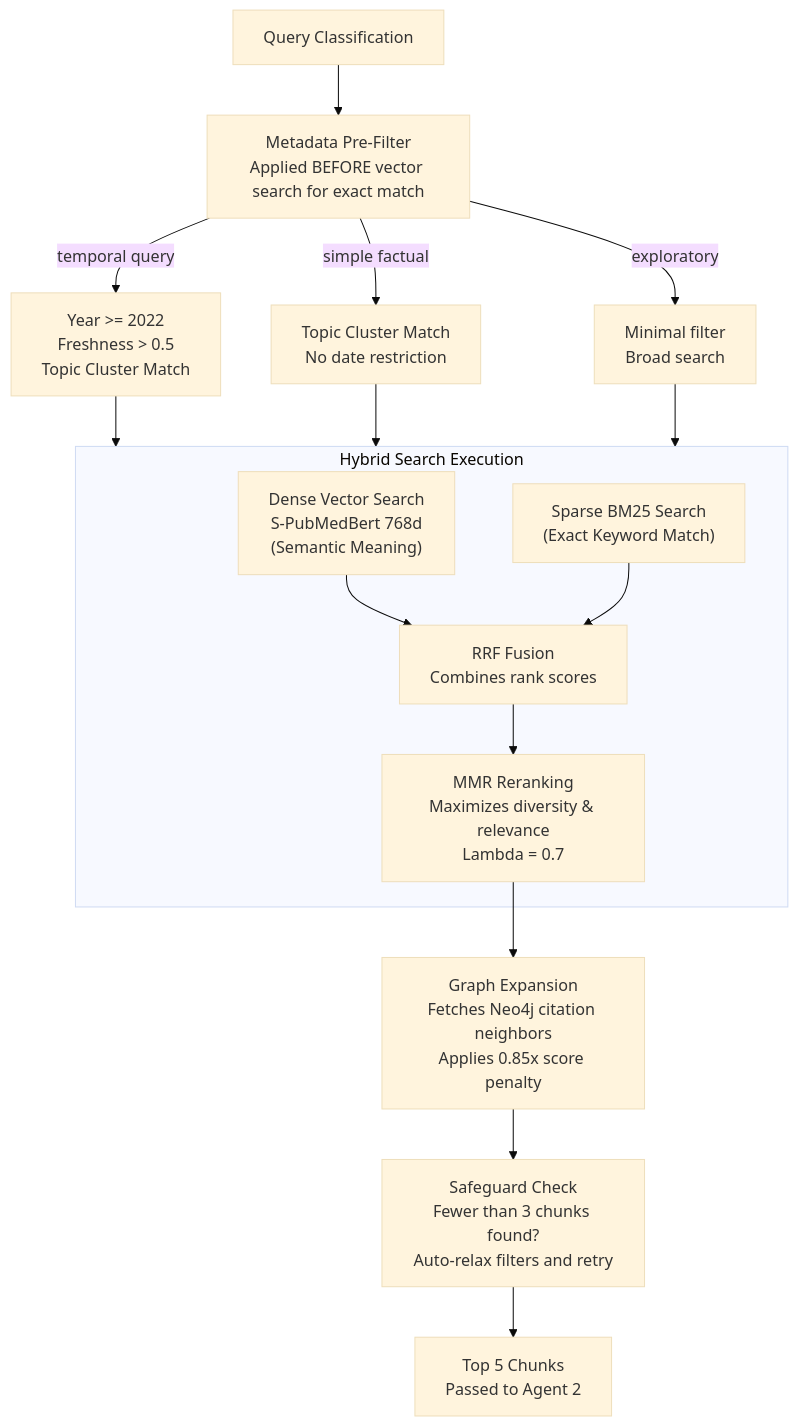
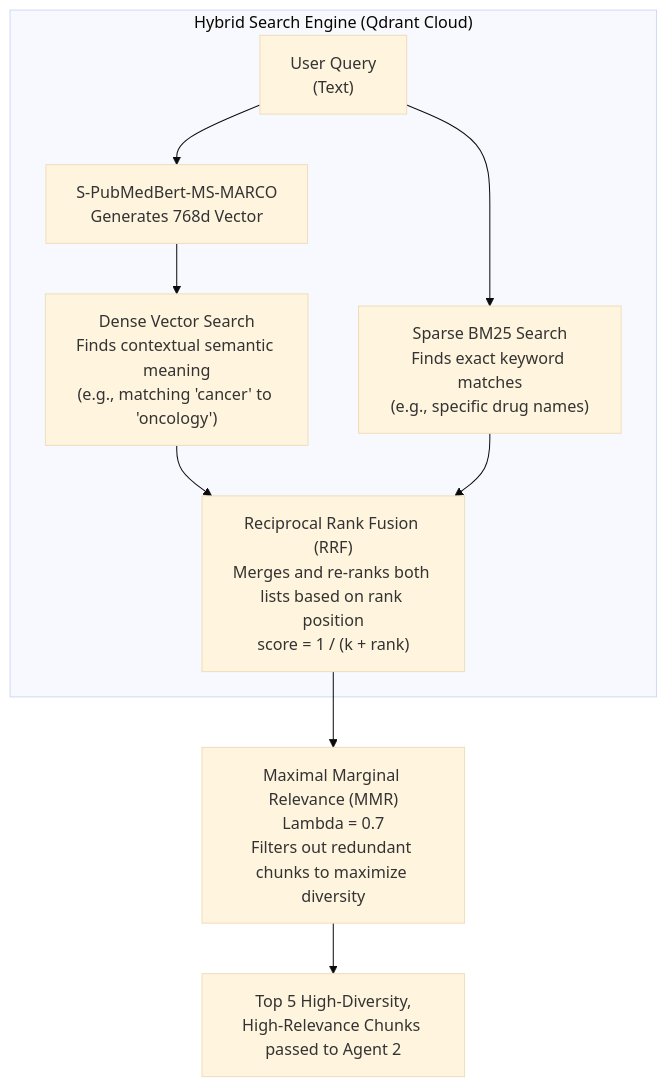
Before and after one commit to pavan939111/SelfLearning_Rag: the fourth of 11 diagrams in ARCHITECTURE.md, drawn with Mermaid (base theme). The commit also changed other lines of this file, not shown here.

Commit message:
docs: implement missing technical diagrams in ARCHITECTURE.md

````diff
--- a/ARCHITECTURE.md
+++ b/ARCHITECTURE.md
@@ -64,23 +123,16 @@
 ```mermaid
 flowchart TD
-    CLASS["Query Classification"] --> FILTER
-
-    FILTER["Metadata Pre-Filter\nApplied BEFORE vector search for exact match"]
-
-    FILTER -->|"temporal query"| TF["Year >= 2022\nFreshness > 0.5\nTopic Cluster Match"]
-    FILTER -->|"simple factual"| SF["Topic Cluster Match\nNo date restriction"]
-    FILTER -->|"exploratory"| EF["Minimal filter\nBroad search"]
-
-    TF & SF & EF --> SEARCH
-
-    subgraph SEARCH ["Hybrid Search Execution"]
-        DENSE["Dense Vector Search\nS-PubMedBert 768d\n(Semantic Meaning)"]
-        SPARSE["Sparse BM25 Search\n(Exact Keyword Match)"]
-        DENSE & SPARSE --> RRF["RRF Fusion\nCombines rank scores"]
-        RRF --> MMR["MMR Reranking\nMaximizes diversity & relevance\nLambda = 0.7"]
+    Q["User Query\n(Text)"] --> EM["S-PubMedBert-MS-MARCO\nGenerates 768d Vector"]
+    
+    subgraph HYBRID ["Hybrid Search Engine (Qdrant Cloud)"]
+        EM --> DENSE["Dense Vector Search\nFinds contextual semantic meaning\n(e.g., matching 'cancer' to 'oncology')"]
+        Q --> SPARSE["Sparse BM25 Search\nFinds exact keyword matches\n(e.g., specific drug names)"]
+        
+        DENSE --> RRF["Reciprocal Rank Fusion (RRF)\nMerges and re-ranks both lists based on rank position\nscore = 1 / (k + rank)"]
+        SPARSE --> RRF
     end
 
-    MMR --> GE["Graph Expansion\nFetches Neo4j citation neighbors\nApplies 0.85x score penalty"]
-    GE --> SAFE["Safeguard Check\nFewer than 3 chunks found?\nAuto-relax filters and retry"]
-    SAFE --> OUT["Top 5 Chunks\nPassed to Agent 2"]
+    RRF --> MMR["Maximal Marginal Relevance (MMR)\nLambda = 0.7\nFilters out redundant chunks to maximize diversity"]
+    
+    MMR --> OUT["Top 5 High-Diversity,\nHigh-Relevance Chunks passed to Agent 2"]
 ```
````
